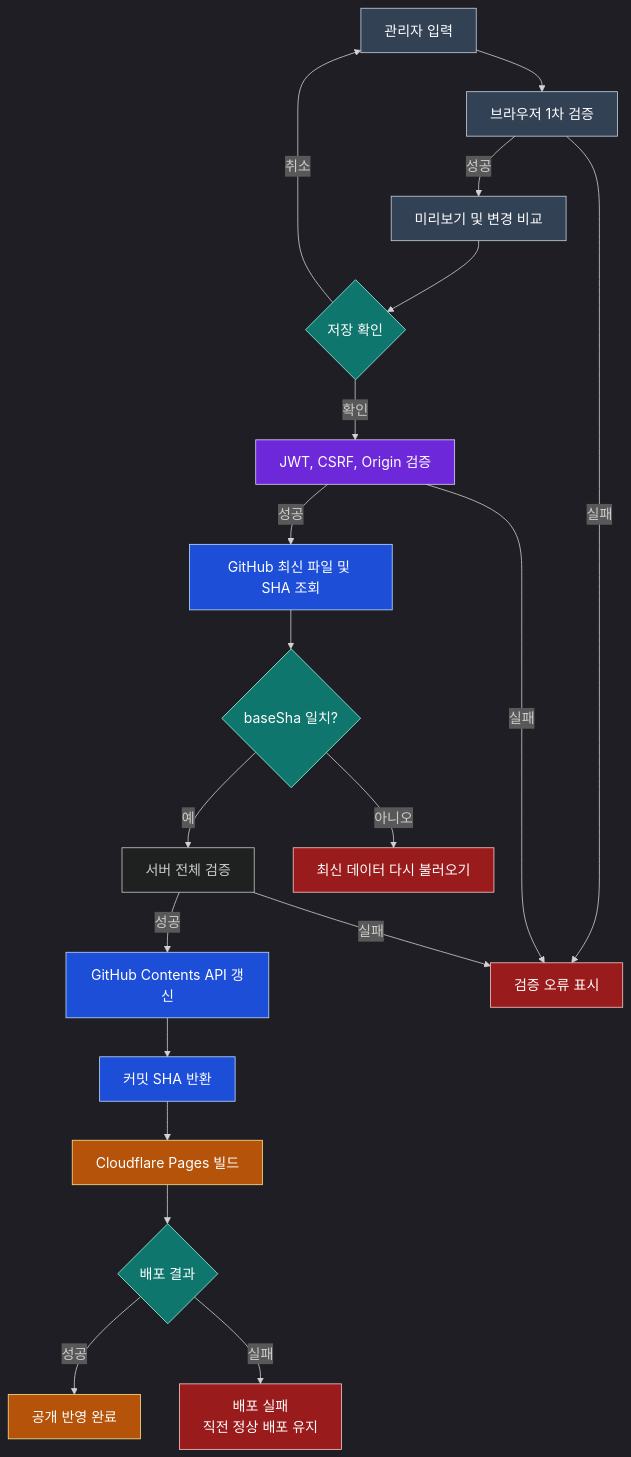
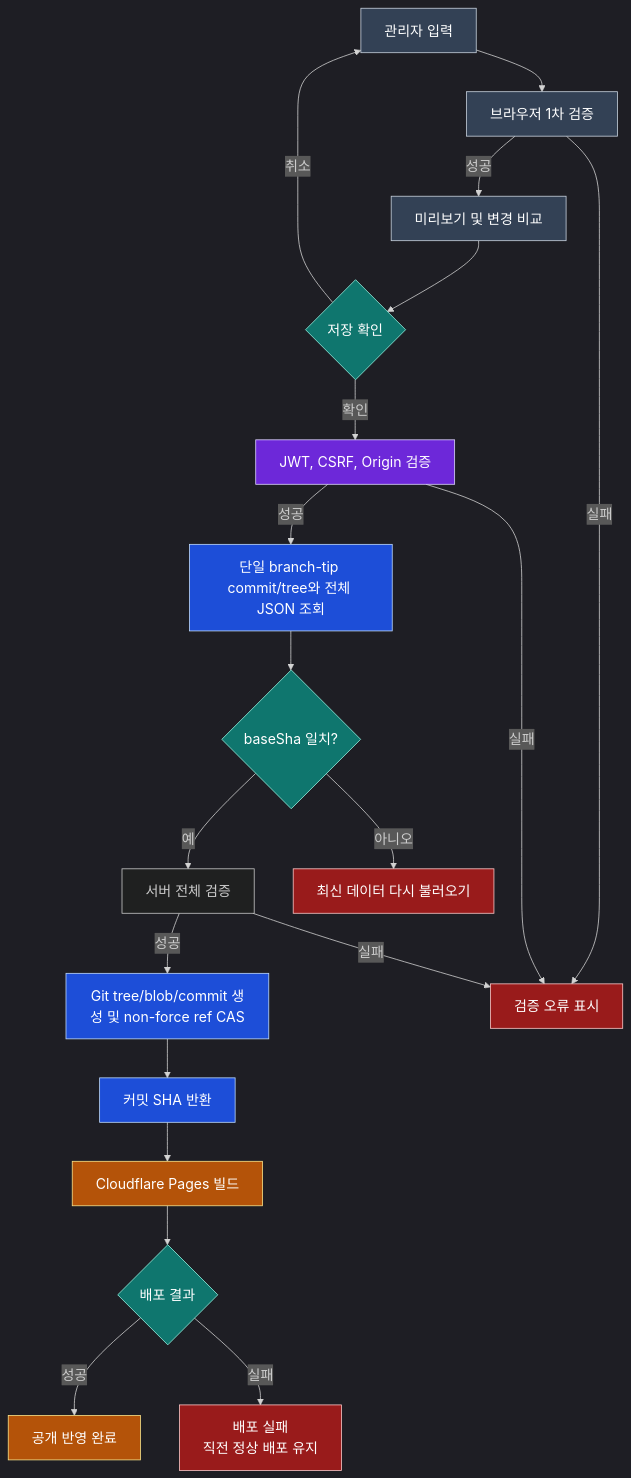
The fourth of 7 diagrams in docs/리더스시티 행복한부동산 관리자시스템 설계서.md (myoungsuk/real-estate-website), drawn with Mermaid before and after one commit. The commit also changed other lines of this file and 12 other files, not shown here.

````diff
--- a/docs/리더스시티 행복한부동산 관리자시스템 설계서.md
+++ b/docs/리더스시티 행복한부동산 관리자시스템 설계서.md
@@ -977,53 +977,53 @@
 ```mermaid
 %%{init: {"theme":"dark","themeVariables":{"fontSize":"18px"}}}%%
 flowchart TD
     EDIT["관리자 입력"]
     CLIENT["브라우저 1차 검증"]
     PREVIEW["미리보기 및 변경 비교"]
     CONFIRM{"저장 확인"}
     AUTH["JWT, CSRF, Origin 검증"]
-    FETCH["GitHub 최신 파일 및 SHA 조회"]
+    FETCH["단일 branch-tip commit/tree와 전체 JSON 조회"]
     CONFLICT{"baseSha 일치?"}
     SERVER["서버 전체 검증"]
-    PUT["GitHub Contents API 갱신"]
+    PUT["Git tree/blob/commit 생성 및 non-force ref CAS"]
     COMMIT["커밋 SHA 반환"]
     BUILD["Cloudflare Pages 빌드"]
     DEPLOY{"배포 결과"}
     SUCCESS["공개 반영 완료"]
     FAIL["배포 실패<br/>직전 정상 배포 유지"]
     RELOAD["최신 데이터 다시 불러오기"]
     ERROR["검증 오류 표시"]
 
     EDIT --> CLIENT
     CLIENT -->|"성공"| PREVIEW
     CLIENT -->|"실패"| ERROR
     PREVIEW --> CONFIRM
     CONFIRM -->|"취소"| EDIT
     CONFIRM -->|"확인"| AUTH
     AUTH -->|"성공"| FETCH
     AUTH -->|"실패"| ERROR
     FETCH --> CONFLICT
     CONFLICT -->|"아니오"| RELOAD
     CONFLICT -->|"예"| SERVER
     SERVER -->|"실패"| ERROR
     SERVER -->|"성공"| PUT
     PUT --> COMMIT
     COMMIT --> BUILD
     BUILD --> DEPLOY
     DEPLOY -->|"성공"| SUCCESS
     DEPLOY -->|"실패"| FAIL
 
     classDef edit fill:#334155,stroke:#cbd5e1,color:#ffffff
     classDef security fill:#6d28d9,stroke:#ddd6fe,color:#ffffff
     classDef data fill:#1d4ed8,stroke:#bfdbfe,color:#ffffff
     classDef deploy fill:#b45309,stroke:#fde68a,color:#ffffff
     classDef error fill:#991b1b,stroke:#fecaca,color:#ffffff
     classDef decision fill:#0f766e,stroke:#99f6e4,color:#ffffff
 
     class EDIT,CLIENT,PREVIEW edit
     class AUTH security
     class FETCH,PUT,COMMIT data
     class BUILD,SUCCESS deploy
     class CONFIRM,CONFLICT,DEPLOY decision
     class FAIL,RELOAD,ERROR error
 ```
````
